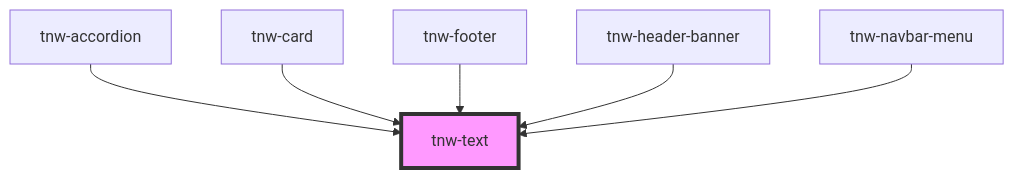
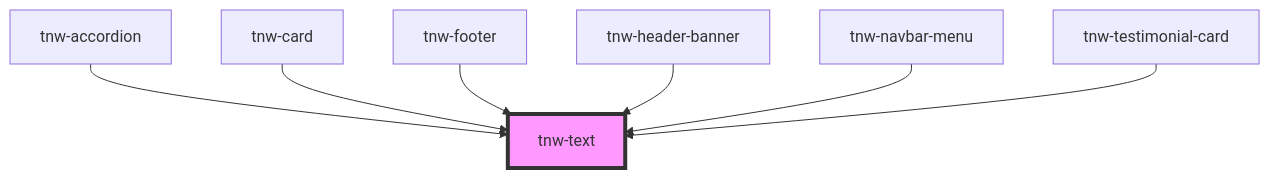
One commit to technway/technway-component-library changed the diagram in packages/stencil-library/src/components/tnw-text/readme.md. Above: the diagram before and after it, drawn with Mermaid. The commit also changed other lines of this file and 26 other files, not shown here.

Commit message:
feat(components): create new 'tnw-testimonial-card' and 'tnw-multi-row-carousel' components

````diff
--- a/packages/stencil-library/src/components/tnw-text/readme.md
+++ b/packages/stencil-library/src/components/tnw-text/readme.md
@@ -98,9 +99,10 @@
 ```mermaid
 graph TD;
   tnw-accordion --> tnw-text
   tnw-card --> tnw-text
   tnw-footer --> tnw-text
   tnw-header-banner --> tnw-text
   tnw-navbar-menu --> tnw-text
+  tnw-testimonial-card --> tnw-text
   style tnw-text fill:#f9f,stroke:#333,stroke-width:4px
 ```
````
